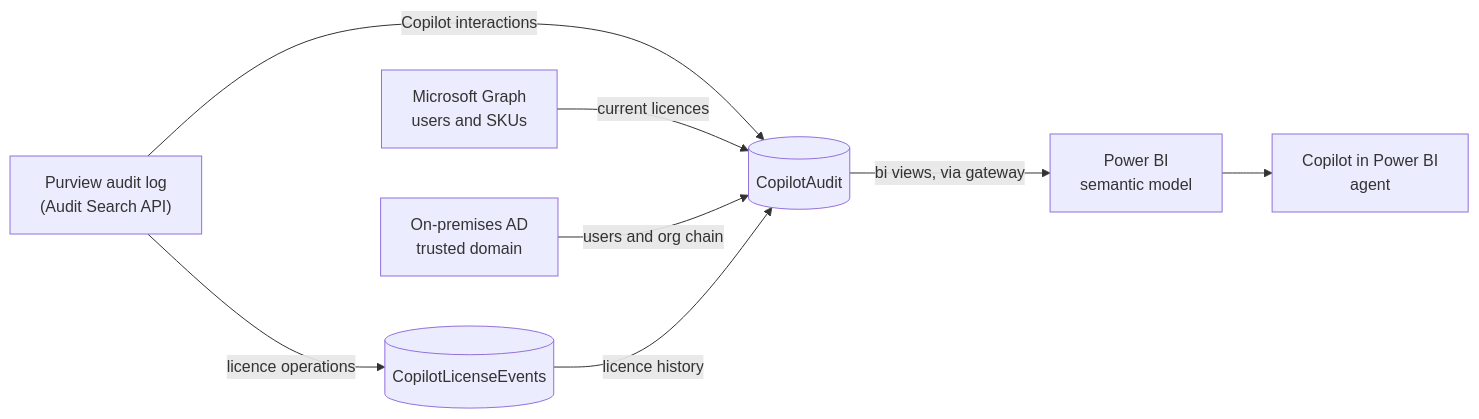
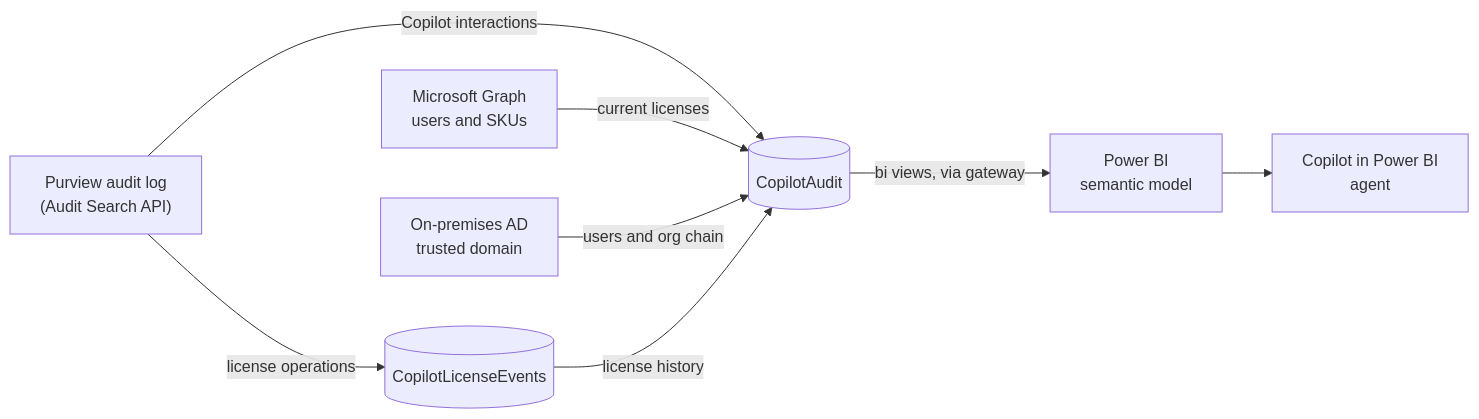
One commit to JosephSaad/copilot-audit-backfill changed the diagram in docs/DEPLOYMENT.md. Above: the diagram before and after it, drawn with Mermaid. The commit also changed other lines of this file and 81 other files, not shown here.

Commit message:
Rename Licence to License everywhere: tables, views, columns, settings, parameters, API routes, the Power BI model and the text (I4)

````diff
--- a/docs/DEPLOYMENT.md
+++ b/docs/DEPLOYMENT.md
@@ -26,10 +26,10 @@
 ```mermaid
 flowchart LR
   P["Purview audit log<br/>(Audit Search API)"] -->|"Copilot interactions"| A[("CopilotAudit")]
-  P -->|"licence operations"| L[("CopilotLicenseEvents")]
-  G["Microsoft Graph<br/>users and SKUs"] -->|"current licences"| A
+  P -->|"license operations"| L[("CopilotLicenseEvents")]
+  G["Microsoft Graph<br/>users and SKUs"] -->|"current licenses"| A
   D["On-premises AD<br/>trusted domain"] -->|"users and org chain"| A
-  L -->|"licence history"| A
+  L -->|"license history"| A
   A -->|"bi views, via gateway"| B["Power BI<br/>semantic model"]
   B --> C["Copilot in Power BI<br/>agent"]
 ```
````
